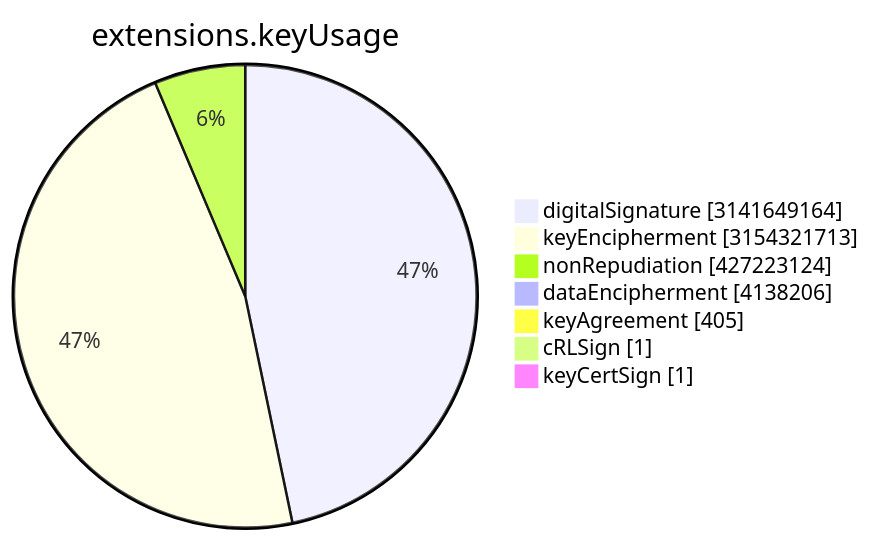
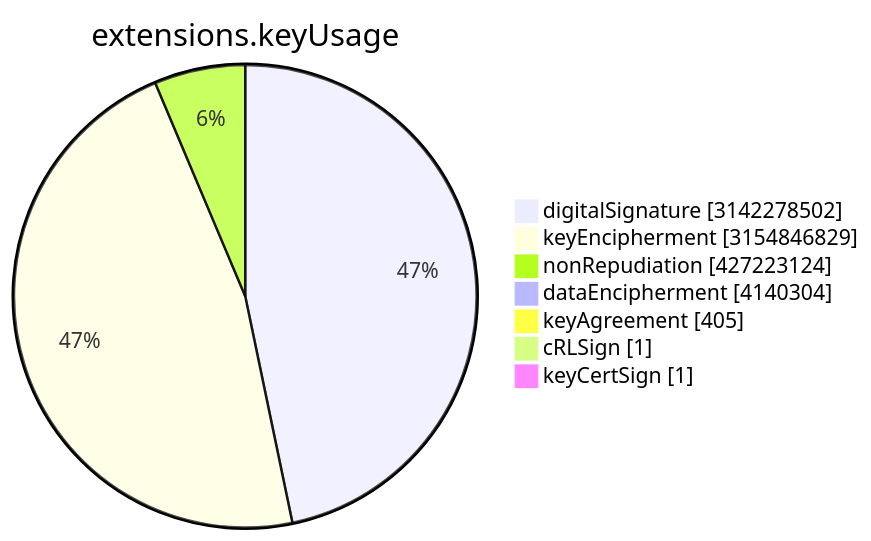
One commit to christiankrug/ctmonitor_visualization changed the sixth of 15 diagrams in TOTAL/README.md. Above: the diagram before and after it, drawn with Mermaid. The commit also changed other lines of this file, not shown here.

````diff
--- a/TOTAL/README.md
+++ b/TOTAL/README.md
@@ -3077,11 +3077,11 @@
 ```mermaid
 pie showData
 title extensions.keyUsage
-"digitalSignature" :3141649164
-"keyEncipherment" :3154321713
+"digitalSignature" :3142278502
+"keyEncipherment" :3154846829
 "nonRepudiation" :427223124
-"dataEncipherment" :4138206
+"dataEncipherment" :4140304
 "keyAgreement" :405
 "cRLSign" :1
 "keyCertSign" :1
 ```
````
